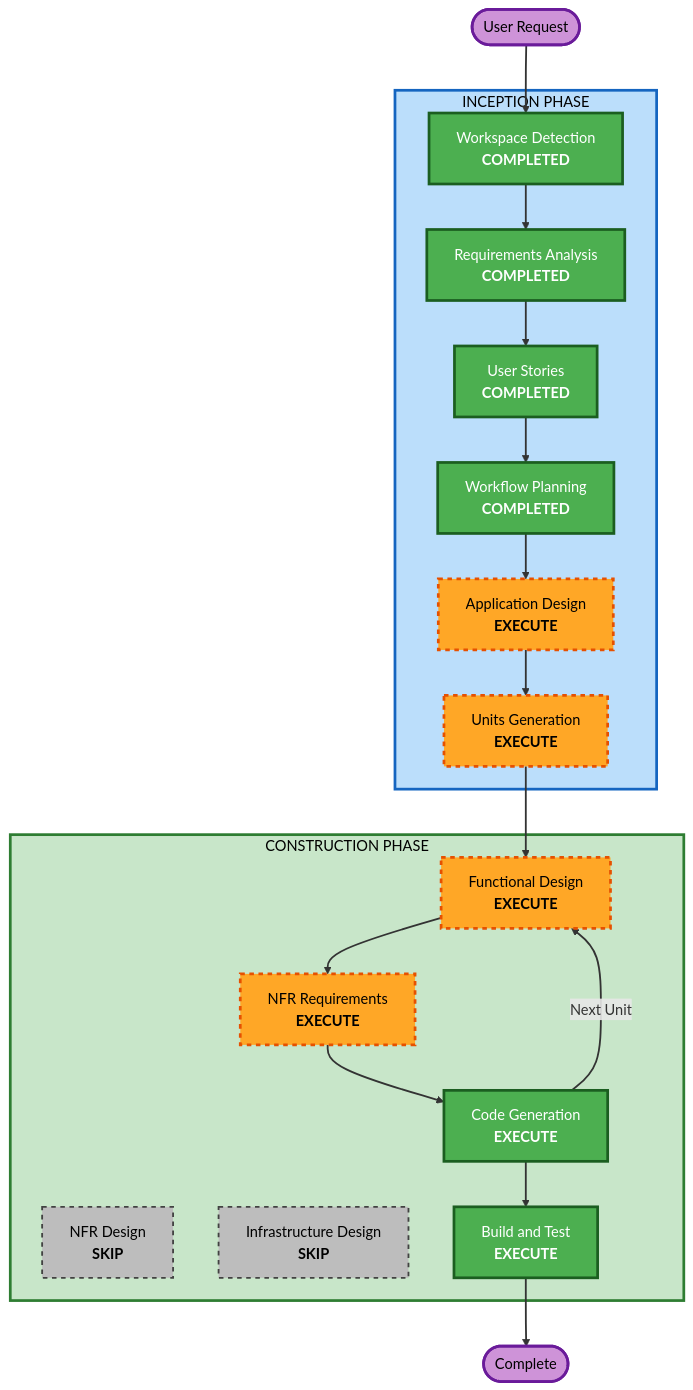
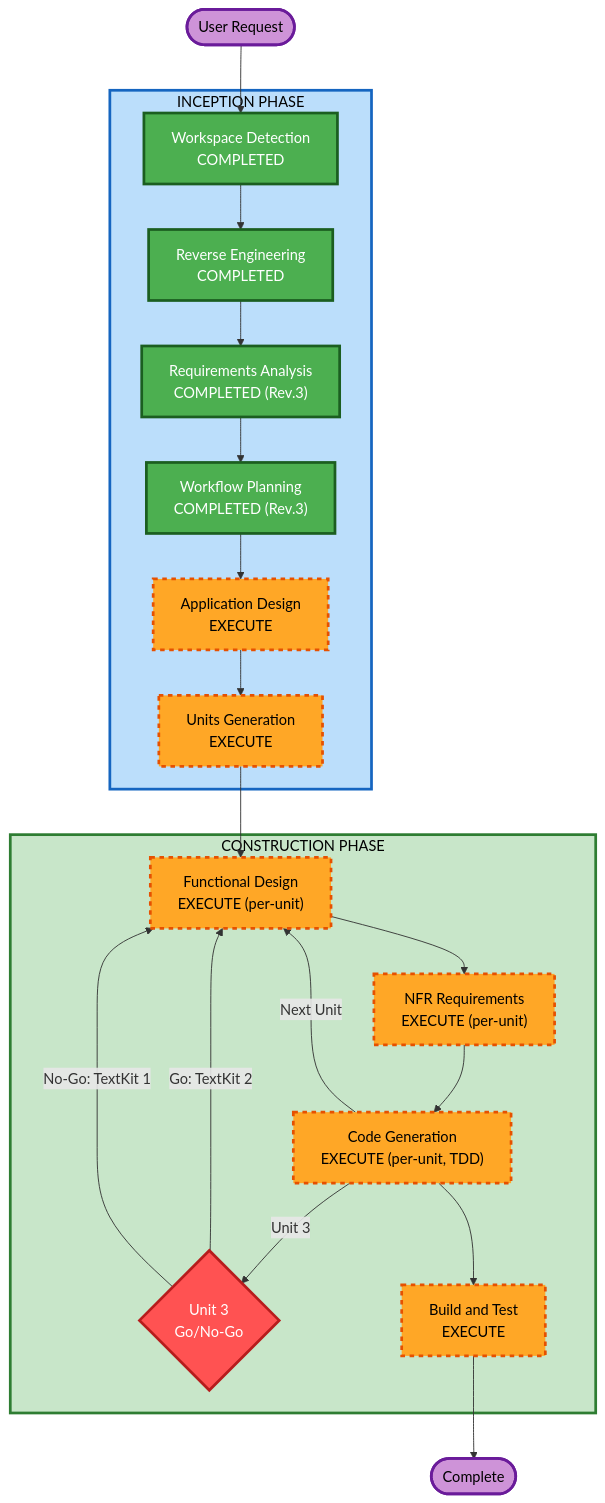
Before and after one commit to yoshidashingo/shoechoo: the diagram in aidlc-docs/inception/plans/execution-plan.md, drawn with Mermaid. The commit also changed other lines of this file and 4 other files, not shown here.

First line of the commit message:
docs: AI-DLC Cycle 2 — RE + Requirements Rev.3 + Execution Plan Rev.3

````diff
--- a/aidlc-docs/inception/plans/execution-plan.md
+++ b/aidlc-docs/inception/plans/execution-plan.md
@@ -21,54 +124,45 @@
 ```mermaid
 flowchart TD
     Start(["User Request"])
-
+    
     subgraph INCEPTION["INCEPTION PHASE"]
-        WD["Workspace Detection<br/><b>COMPLETED</b>"]
-        RA["Requirements Analysis<br/><b>COMPLETED</b>"]
-        US["User Stories<br/><b>COMPLETED</b>"]
-        WP["Workflow Planning<br/><b>COMPLETED</b>"]
-        AD["Application Design<br/><b>EXECUTE</b>"]
-        UG["Units Generation<br/><b>EXECUTE</b>"]
+        WD["Workspace Detection<br/>COMPLETED"]
+        RE["Reverse Engineering<br/>COMPLETED"]
+        RA["Requirements Analysis<br/>COMPLETED (Rev.3)"]
+        WP["Workflow Planning<br/>COMPLETED (Rev.3)"]
+        AD["Application Design<br/>EXECUTE"]
+        UG["Units Generation<br/>EXECUTE"]
     end
-
+    
     subgraph CONSTRUCTION["CONSTRUCTION PHASE"]
-        FD["Functional Design<br/><b>EXECUTE</b>"]
-        NFRA["NFR Requirements<br/><b>EXECUTE</b>"]
-        NFRD["NFR Design<br/><b>SKIP</b>"]
-        ID["Infrastructure Design<br/><b>SKIP</b>"]
-        CG["Code Generation<br/><b>EXECUTE</b>"]
-        BT["Build and Test<br/><b>EXECUTE</b>"]
+        FD["Functional Design<br/>EXECUTE (per-unit)"]
+        NFRA["NFR Requirements<br/>EXECUTE (per-unit)"]
+        CG["Code Generation<br/>EXECUTE (per-unit, TDD)"]
+        GoNoGo{"Unit 3<br/>Go/No-Go"}
+        BT["Build and Test<br/>EXECUTE"]
     end
-
-    Start --> WD
-    WD --> RA
-    RA --> US
-    US --> WP
-    WP --> AD
-    AD --> UG
-    UG --> FD
-    FD --> NFRA
-    NFRA --> CG
+    
+    Start --> WD --> RE --> RA --> WP --> AD --> UG
+    UG --> FD --> NFRA --> CG
+    CG -->|Unit 3| GoNoGo
+    GoNoGo -->|Go: TextKit 2| FD
+    GoNoGo -->|No-Go: TextKit 1| FD
     CG -->|Next Unit| FD
-    CG --> BT
-    BT --> End(["Complete"])
-
+    CG --> BT --> End(["Complete"])
+    
     style WD fill:#4CAF50,stroke:#1B5E20,stroke-width:3px,color:#fff
+    style RE fill:#4CAF50,stroke:#1B5E20,stroke-width:3px,color:#fff
     style RA fill:#4CAF50,stroke:#1B5E20,stroke-width:3px,color:#fff
-    style US fill:#4CAF50,stroke:#1B5E20,stroke-width:3px,color:#fff
     style WP fill:#4CAF50,stroke:#1B5E20,stroke-width:3px,color:#fff
     style AD fill:#FFA726,stroke:#E65100,stroke-width:3px,stroke-dasharray: 5 5,color:#000
     style UG fill:#FFA726,stroke:#E65100,stroke-width:3px,stroke-dasharray: 5 5,color:#000
     style FD fill:#FFA726,stroke:#E65100,stroke-width:3px,stroke-dasharray: 5 5,color:#000
     style NFRA fill:#FFA726,stroke:#E65100,stroke-width:3px,stroke-dasharray: 5 5,color:#000
-    style NFRD fill:#BDBDBD,stroke:#424242,stroke-width:2px,stroke-dasharray: 5 5,color:#000
-    style ID fill:#BDBDBD,stroke:#424242,stroke-width:2px,stroke-dasharray: 5 5,color:#000
-    style CG fill:#4CAF50,stroke:#1B5E20,stroke-width:3px,color:#fff
-    style BT fill:#4CAF50,stroke:#1B5E20,stroke-width:3px,color:#fff
+    style CG fill:#FFA726,stroke:#E65100,stroke-width:3px,stroke-dasharray: 5 5,color:#000
+    style BT fill:#FFA726,stroke:#E65100,stroke-width:3px,stroke-dasharray: 5 5,color:#000
+    style GoNoGo fill:#FF5252,stroke:#B71C1C,stroke-width:3px,color:#fff
     style Start fill:#CE93D8,stroke:#6A1B9A,stroke-width:3px,color:#000
     style End fill:#CE93D8,stroke:#6A1B9A,stroke-width:3px,color:#000
     style INCEPTION fill:#BBDEFB,stroke:#1565C0,stroke-width:3px,color:#000
     style CONSTRUCTION fill:#C8E6C9,stroke:#2E7D32,stroke-width:3px,color:#000
-
-    linkStyle default stroke:#333,stroke-width:2px
 ```
````
